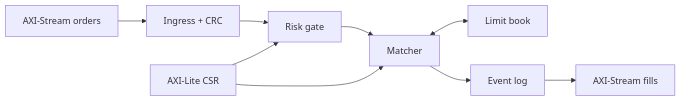
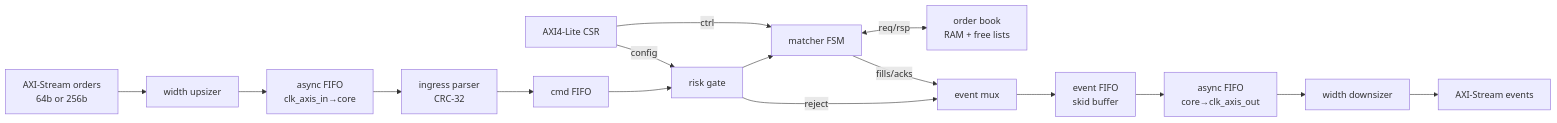
The first of 3 diagrams in README.md (Aneesh495/quasar), drawn with Mermaid before and after one commit. The commit also changed other lines of this file and 9 other files, not shown here.

````diff
--- a/README.md
+++ b/README.md
@@ -28,11 +32,18 @@
 ```mermaid
 flowchart LR
-    IN[AXI-Stream orders] --> IG[Ingress + CRC]
-    IG --> RK[Risk gate]
-    RK --> MT[Matcher]
-    MT <--> BK[Limit book]
-    MT --> EG[Event log]
-    EG --> OUT[AXI-Stream fills]
-    CSR[AXI-Lite CSR] --> RK
-    CSR --> MT
+    IN[AXI-Stream orders\n64b or 256b] --> UP[width upsizer]
+    UP --> CDC1[async FIFO\nclk_axis_in→core]
+    CDC1 --> IG[ingress parser\nCRC-32]
+    IG --> RF[cmd FIFO]
+    RF --> RK[risk gate]
+    RK --> MT[matcher FSM]
+    MT <-->|req/rsp| BK[order book\nRAM + free lists]
+    RK -->|reject| EV[event mux]
+    MT -->|fills/acks| EV
+    EV --> EG[event FIFO\nskid buffer]
+    EG --> CDC2[async FIFO\ncore→clk_axis_out]
+    CDC2 --> DN[width downsizer]
+    DN --> OUT[AXI-Stream events]
+    AXIL[AXI4-Lite CSR] -->|config| RK
+    AXIL -->|ctrl| MT
 ```
````
